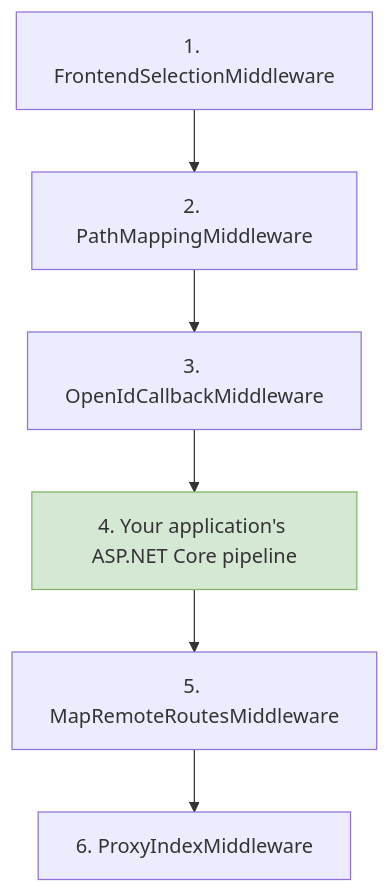
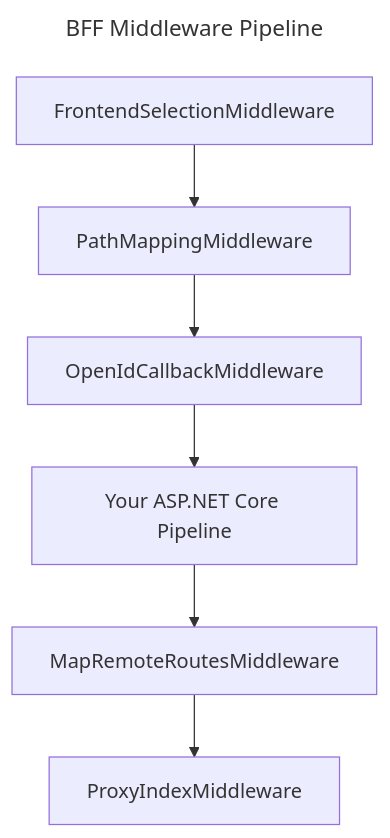
One commit to DuendeSoftware/docs.duendesoftware.com changed the diagram in astro/src/content/docs/bff/architecture/multi-frontend.md. Above: the diagram before and after it, drawn with Mermaid.

Commit message:
Refine BFF pipeline diagram for clarity, update Mermaid syntax, and improve consistency in middleware descriptions.

````diff
--- a/astro/src/content/docs/bff/architecture/multi-frontend.md
+++ b/astro/src/content/docs/bff/architecture/multi-frontend.md
@@ -75,11 +75,11 @@
 ```mermaid
-%%{ init: { 'theme': 'default' } }%%
+---
+title: BFF Middleware Pipeline
+---
 flowchart TD
-    A["1. FrontendSelectionMiddleware"] --> B["2. PathMappingMiddleware"]
-    B --> C["3. OpenIdCallbackMiddleware"]
-    C --> D["4. Your application's ASP.NET Core pipeline"]:::app
-    D --> E["5. MapRemoteRoutesMiddleware"]
-    E --> F["6. ProxyIndexMiddleware"]
-
-    classDef app fill:#d5e8d4,stroke:#82b366
+    A["FrontendSelectionMiddleware"] --> B["PathMappingMiddleware"]
+    B --> C["OpenIdCallbackMiddleware"]
+    C --> D["Your ASP.NET Core Pipeline"]:::app
+    D --> E["MapRemoteRoutesMiddleware"]
+    E --> F["ProxyIndexMiddleware"]
 ```
````
